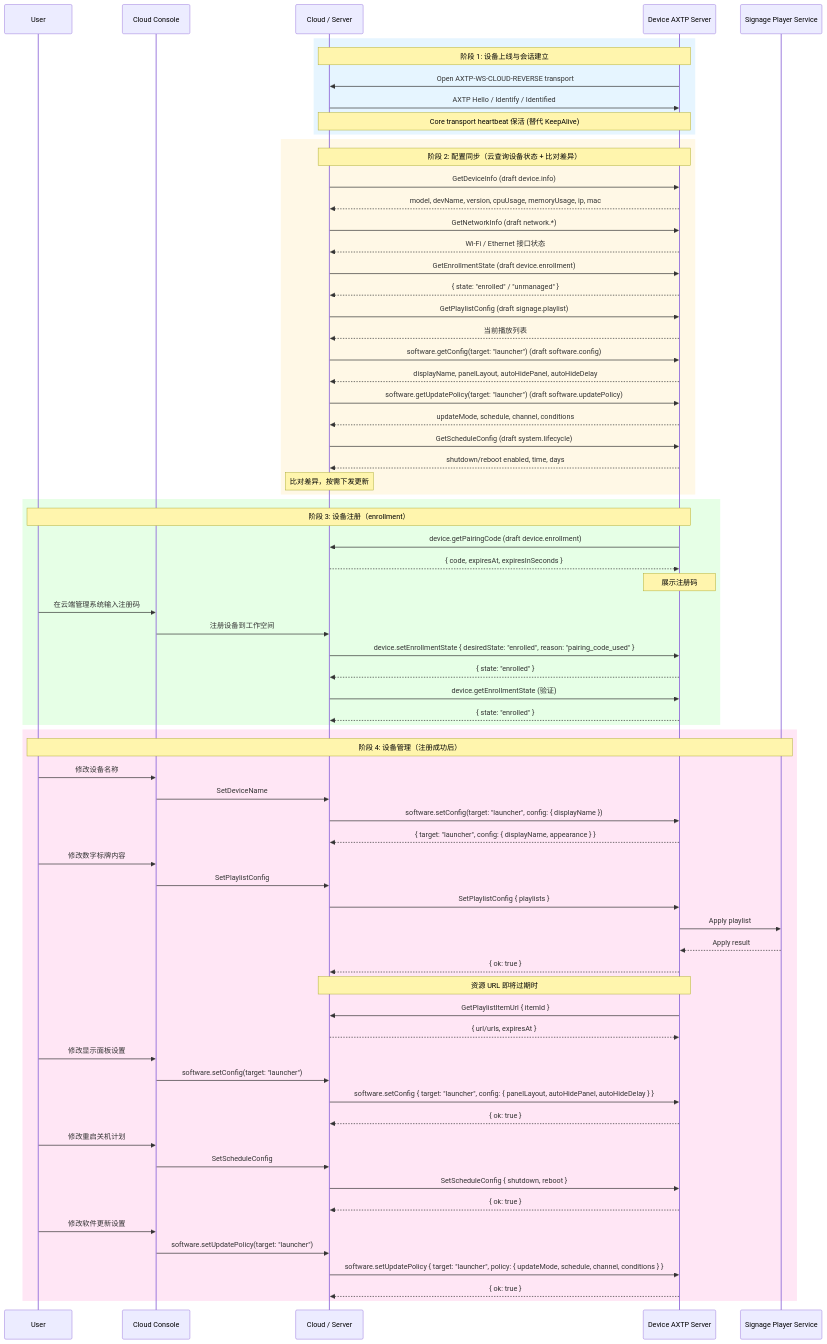
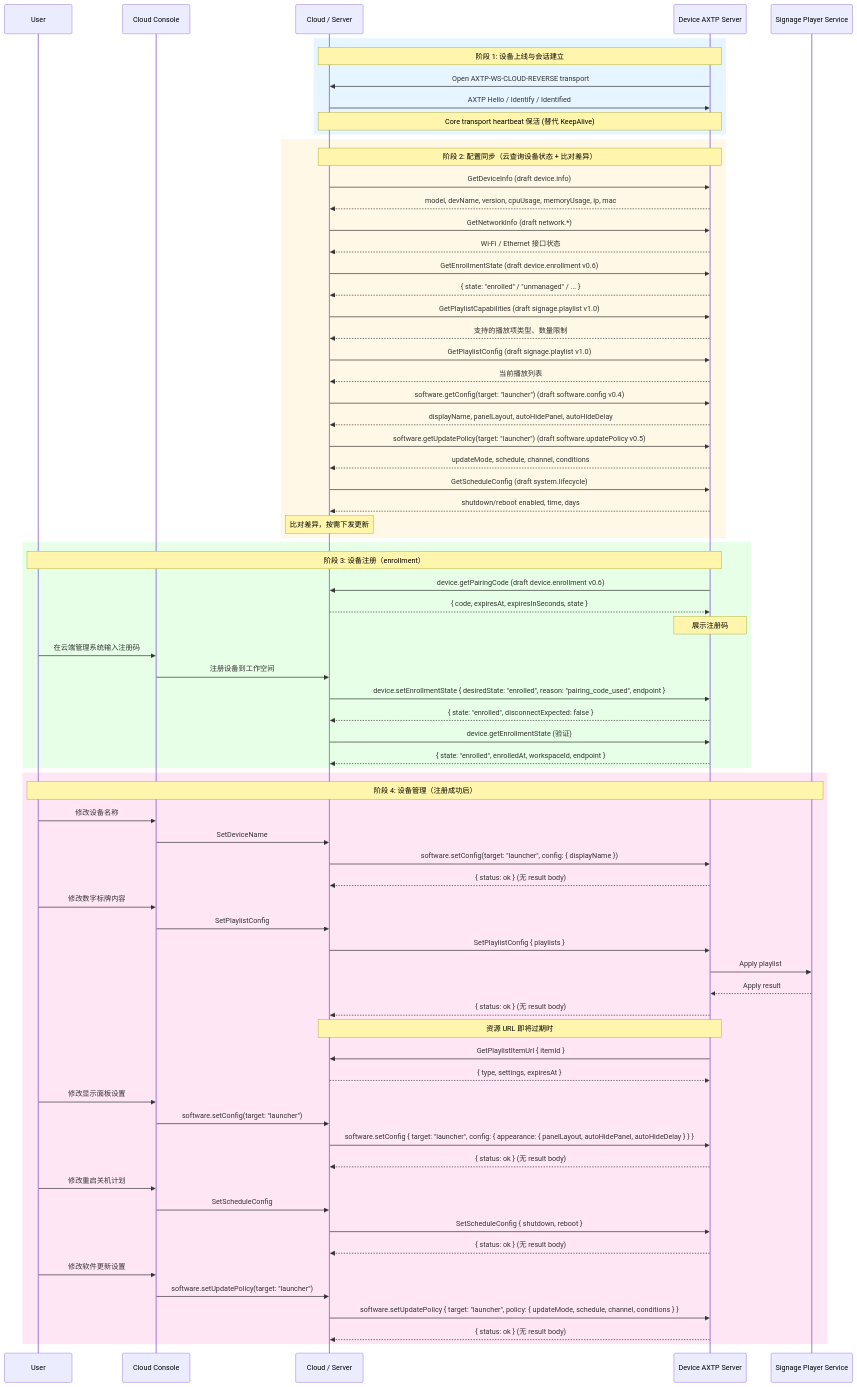
One commit to Mostorm-Labs/axtp changed the diagram in docs/flows/signage-device-management.md. Above: the diagram before and after it, drawn with Mermaid. The commit also changed other lines of this file and 8 other files, not shown here.

Commit message:
docs: expand signage device management drafts and update migration tracking

````diff
--- a/docs/flows/signage-device-management.md
+++ b/docs/flows/signage-device-management.md
@@ -107,13 +133,15 @@
         Device-->>Cloud: model, devName, version, cpuUsage, memoryUsage, ip, mac
         Cloud->>Device: GetNetworkInfo (draft network.*)
         Device-->>Cloud: Wi-Fi / Ethernet 接口状态
-        Cloud->>Device: GetEnrollmentState (draft device.enrollment)
-        Device-->>Cloud: { state: "enrolled" / "unmanaged" }
-        Cloud->>Device: GetPlaylistConfig (draft signage.playlist)
+        Cloud->>Device: GetEnrollmentState (draft device.enrollment v0.6)
+        Device-->>Cloud: { state: "enrolled" / "unmanaged" / ... }
+        Cloud->>Device: GetPlaylistCapabilities (draft signage.playlist v1.0)
+        Device-->>Cloud: 支持的播放项类型、数量限制
+        Cloud->>Device: GetPlaylistConfig (draft signage.playlist v1.0)
         Device-->>Cloud: 当前播放列表
-        Cloud->>Device: software.getConfig(target: "launcher") (draft software.config)
+        Cloud->>Device: software.getConfig(target: "launcher") (draft software.config v0.4)
         Device-->>Cloud: displayName, panelLayout, autoHidePanel, autoHideDelay
-        Cloud->>Device: software.getUpdatePolicy(target: "launcher") (draft software.updatePolicy)
+        Cloud->>Device: software.getUpdatePolicy(target: "launcher") (draft software.updatePolicy v0.5)
         Device-->>Cloud: updateMode, schedule, channel, conditions
         Cloud->>Device: GetScheduleConfig (draft system.lifecycle)
         Device-->>Cloud: shutdown/reboot enabled, time, days
@@ -122,15 +150,15 @@
 
     rect rgb(230, 255, 230)
         Note over User,Device: 阶段 3: 设备注册（enrollment）
-        Device->>Cloud: device.getPairingCode (draft device.enrollment)
-        Cloud-->>Device: { code, expiresAt, expiresInSeconds }
+        Device->>Cloud: device.getPairingCode (draft device.enrollment v0.6)
+        Cloud-->>Device: { code, expiresAt, expiresInSeconds, state }
         Note over Device: 展示注册码
         User->>Console: 在云端管理系统输入注册码
         Console->>Cloud: 注册设备到工作空间
-        Cloud->>Device: device.setEnrollmentState { desiredState: "enrolled", reason: "pairing_code_used" }
-        Device-->>Cloud: { state: "enrolled" }
+        Cloud->>Device: device.setEnrollmentState { desiredState: "enrolled", reason: "pairing_code_used", endpoint }
+        Device-->>Cloud: { state: "enrolled", disconnectExpected: false }
         Cloud->>Device: device.getEnrollmentState (验证)
-        Device-->>Cloud: { state: "enrolled" }
+        Device-->>Cloud: { state: "enrolled", enrolledAt, workspaceId, endpoint }
     end
 
     rect rgb(255, 230, 245)
@@ -138,32 +166,32 @@
         User->>Console: 修改设备名称
         Console->>Cloud: SetDeviceName
         Cloud->>Device: software.setConfig(target: "launcher", config: { displayName })
-        Device-->>Cloud: { target: "launcher", config: { displayName, appearance } }
+        Device-->>Cloud: { status: ok } (无 result body)
 
         User->>Console: 修改数字标牌内容
         Console->>Cloud: SetPlaylistConfig
         Cloud->>Device: SetPlaylistConfig { playlists }
         Device->>Signage: Apply playlist
         Signage-->>Device: Apply result
-        Device-->>Cloud: { ok: true }
+        Device-->>Cloud: { status: ok } (无 result body)
 
         Note over Device,Cloud: 资源 URL 即将过期时
         Device->>Cloud: GetPlaylistItemUrl { itemId }
-        Cloud-->>Device: { url/urls, expiresAt }
+        Cloud-->>Device: { type, settings, expiresAt }
 
         User->>Console: 修改显示面板设置
         Console->>Cloud: software.setConfig(target: "launcher")
-        Cloud->>Device: software.setConfig { target: "launcher", config: { panelLayout, autoHidePanel, autoHideDelay } }
-        Device-->>Cloud: { ok: true }
+        Cloud->>Device: software.setConfig { target: "launcher", config: { appearance: { panelLayout, autoHidePanel, autoHideDelay } } }
+        Device-->>Cloud: { status: ok } (无 result body)
 
         User->>Console: 修改重启关机计划
         Console->>Cloud: SetScheduleConfig
         Cloud->>Device: SetScheduleConfig { shutdown, reboot }
-        Device-->>Cloud: { ok: true }
+        Device-->>Cloud: { status: ok } (无 result body)
 
         User->>Console: 修改软件更新设置
         Console->>Cloud: software.setUpdatePolicy(target: "launcher")
         Cloud->>Device: software.setUpdatePolicy { target: "launcher", policy: { updateMode, schedule, channel, conditions } }
-        Device-->>Cloud: { ok: true }
+        Device-->>Cloud: { status: ok } (无 result body)
     end
 ```
````
